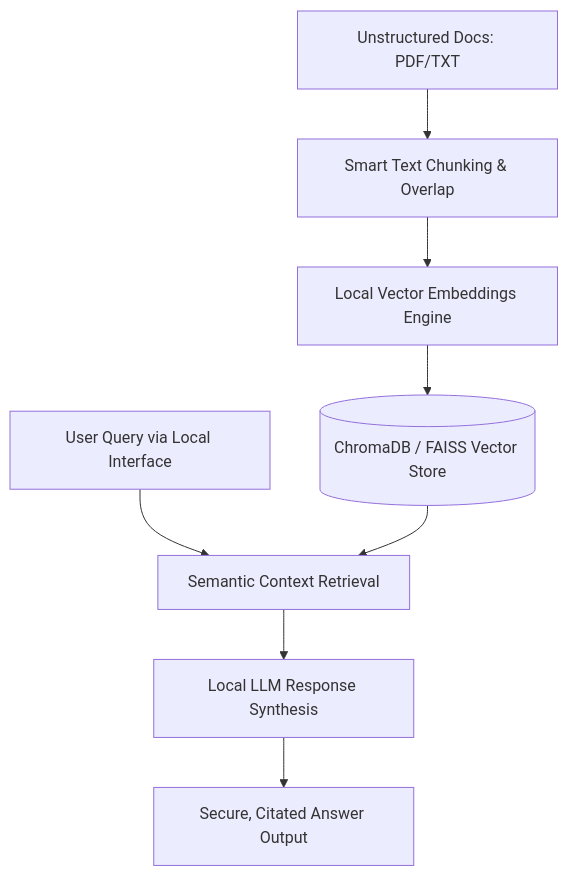
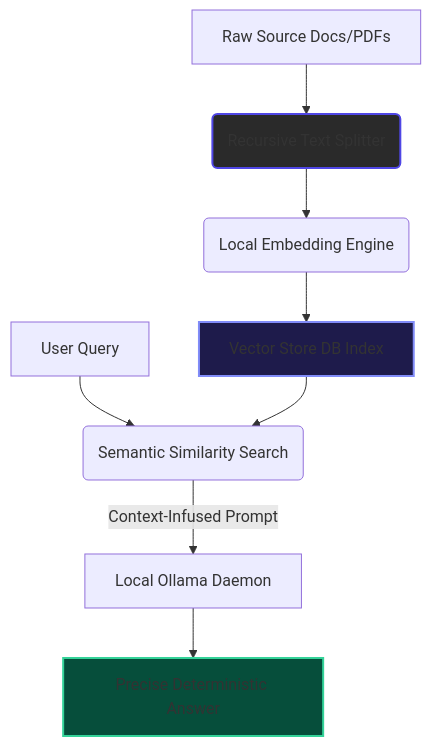
Before and after one commit to cosmo95/Local-DocuBrain-RAG-Engine: the diagram in README.md, drawn with Mermaid. The commit also changed other lines of this file, not shown here.

````diff
--- a/README.md
+++ b/README.md
@@ -9,10 +16,14 @@
 ```mermaid
 graph TD
-    A[Unstructured Docs: PDF/TXT] --> B[Smart Text Chunking & Overlap]
-    B --> C[Local Vector Embeddings Engine]
-    C --> D[(ChromaDB / FAISS Vector Store)]
-    E[User Query via Local Interface] --> F[Semantic Context Retrieval]
+    A[Raw Source Docs/PDFs] --> B(Recursive Text Splitter)
+    B --> C(Local Embedding Engine)
+    C --> D[Vector Store DB Index]
+    E[User Query] --> F(Semantic Similarity Search)
     D --> F
-    F --> G[Local LLM Response Synthesis]
-    G --> H[Secure, Citated Answer Output]
+    F -->|Context-Infused Prompt| G[Local Ollama Daemon]
+    G --> H[Precise Deterministic Answer]
+
+    style B fill:#2a2a2a,stroke:#4f46e5,stroke-width:2px;
+    style D fill:#1e1b4b,stroke:#818cf8,stroke-width:2px;
+    style H fill:#064e3b,stroke:#34d399,stroke-width:2px;
 ```
````
